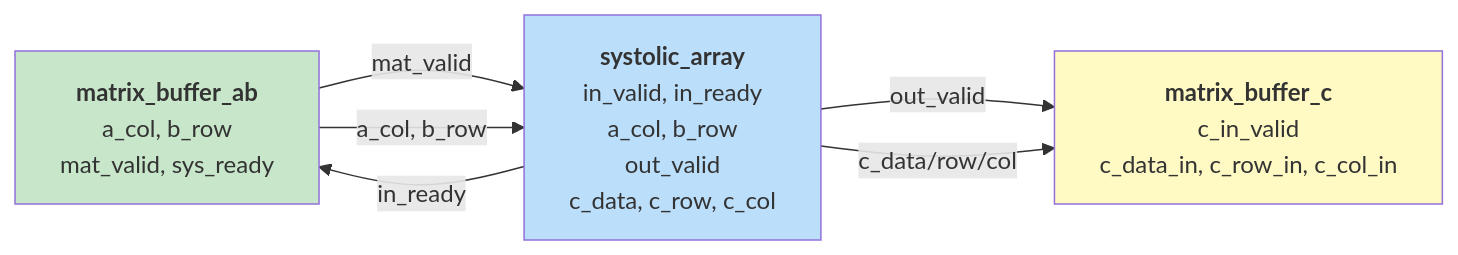
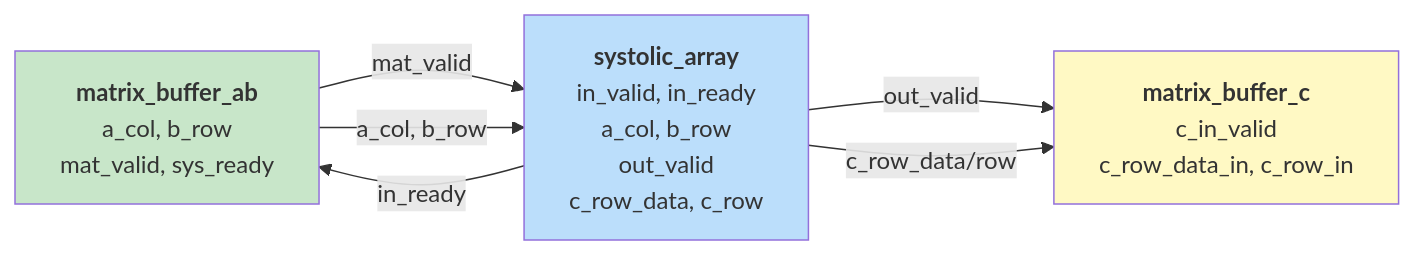
The fourth of 5 diagrams in docs/interface/accelerator_top_if.md (lithegreat/systolic-array-AI-accelerator), drawn with Mermaid before and after one commit. The commit also changed other lines of this file and 3 other files, not shown here.

Commit message:
docs: update documentation to reflect changes in result draining and data handling in systolic array and matrix buffer

````diff
--- a/docs/interface/accelerator_top_if.md
+++ b/docs/interface/accelerator_top_if.md
@@ -170,27 +170,27 @@
 ```mermaid
 flowchart LR
    ab["<b>matrix_buffer_ab</b>
 a_col, b_row
 mat_valid, sys_ready"]
    
    array["<b>systolic_array</b>
 in_valid, in_ready
 a_col, b_row
 out_valid
-c_data, c_row, c_col"]
+c_row_data, c_row"]
    
    c["<b>matrix_buffer_c</b>
 c_in_valid
-c_data_in, c_row_in, c_col_in"]
+c_row_data_in, c_row_in"]
    
    ab -- "mat_valid" --> array
    ab -- "a_col, b_row" --> array
    array -- "in_ready" --> ab
    
    array -- "out_valid" --> c
-   array -- "c_data/row/col" --> c
+   array -- "c_row_data/row" --> c
    
    style ab fill:#c8e6c9
    style array fill:#bbdefb
    style c fill:#fff9c4
 ```
````
